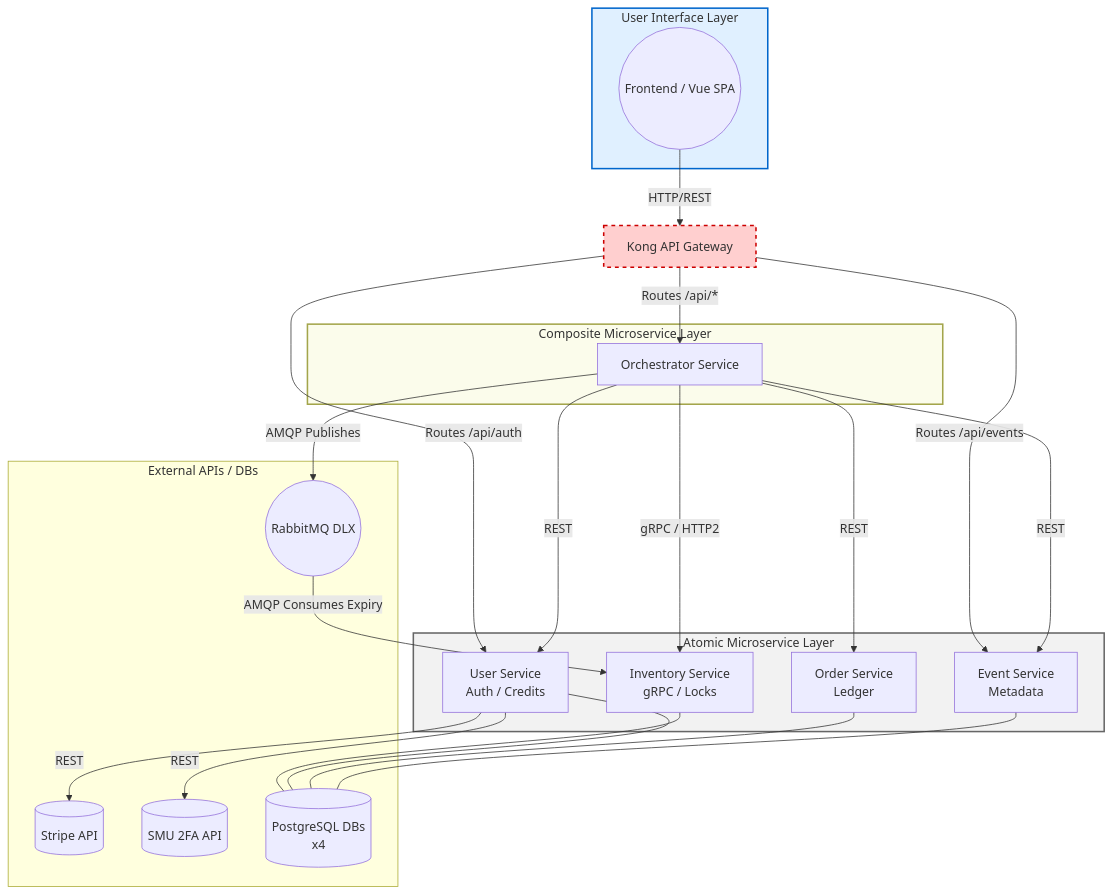
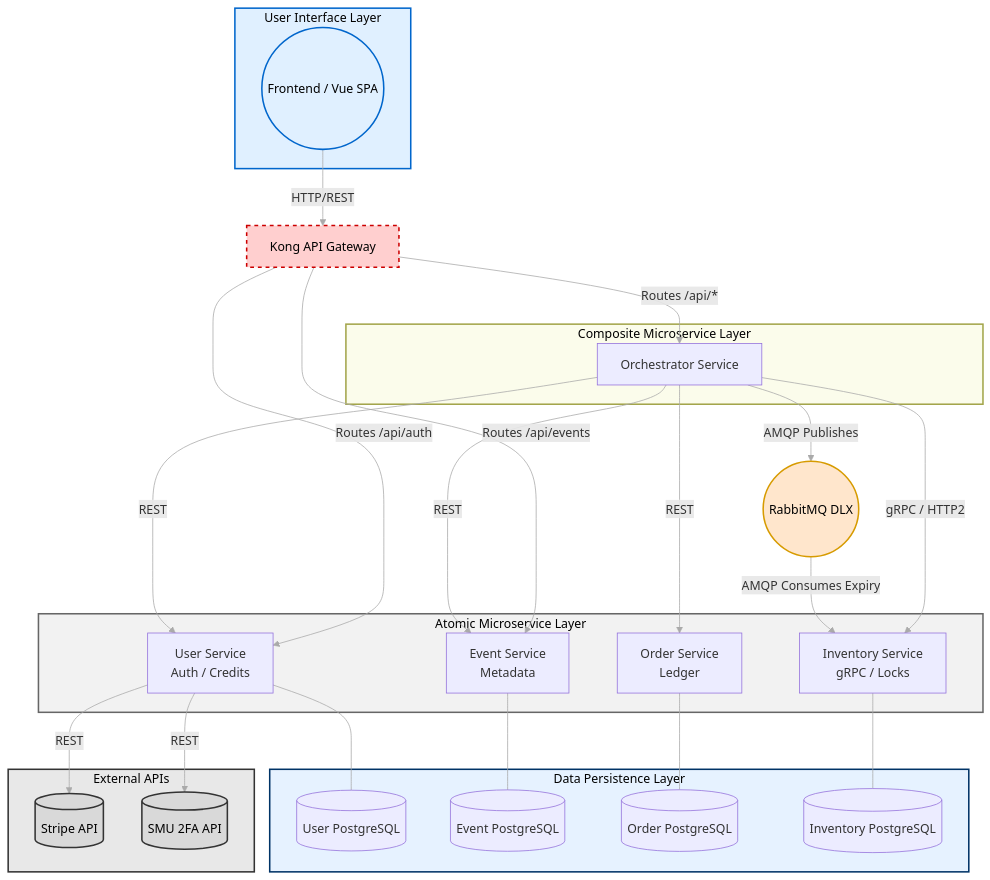
The first of 4 diagrams in README.md (bryanseah234/ticketremaster-b), drawn with Mermaid before and after one commit.

````diff
--- a/README.md
+++ b/README.md
@@ -15,9 +15,11 @@
 ```mermaid
-graph TD
+%%{init: {'theme': 'default', 'themeVariables': { 'fontFamily': 'sans-serif', 'primaryTextColor': '#000000', 'clusterTextColor': '#000000', 'lineColor': '#aaaaaa'}}}%%
+flowchart TD
     %% User Interface Layer
     subgraph UILayer[User Interface Layer]
         Client((Frontend / Vue SPA))
     end
+    style UILayer fill:#e0f0ff,stroke:#0066cc,stroke-width:2px,color:#000000
     
     Nginx[Kong API Gateway]
     
@@ -25,52 +27,79 @@
     subgraph CompositeLayer[Composite Microservice Layer]
         Orch[Orchestrator Service]
     end
+    style CompositeLayer fill:#fbfceb,stroke:#a3a54b,stroke-width:2px,color:#000000
     
     %% Atomic Microservice Layer
     subgraph AtomicLayer[Atomic Microservice Layer]
+        UserSvc[User Service <br/> Auth / Credits]
+        EventSvc[Event Service <br/> Metadata]
+        OrderSvc[Order Service <br/> Ledger]
         InvSvc[Inventory Service <br/> gRPC / Locks]
-        UserSvc[User Service <br/> Auth / Credits]
-        OrderSvc[Order Service <br/> Ledger]
-        EventSvc[Event Service <br/> Metadata]
     end
+    style AtomicLayer fill:#f2f2f2,stroke:#666666,stroke-width:2px,color:#000000
 
-    %% External Layer
-    subgraph ExternalLayer[External APIs / DBs]
+    %% External APIs
+    subgraph ExternalAPIs[External APIs]
         Stripe[(Stripe API)]
         SMU[(SMU 2FA API)]
-        RMQ((RabbitMQ DLX))
-        DBs[(PostgreSQL DBs <br/> x4)]
     end
+    style ExternalAPIs fill:#e8e8e8,stroke:#333333,stroke-width:2px,color:#000000
+    
+    %% Message Broker
+    RMQ((RabbitMQ DLX))
+
+    %% Data Persistence Layer
+    subgraph DataLayer[Data Persistence Layer]
+        UserDB[(User PostgreSQL)]
+        EventDB[(Event PostgreSQL)]
+        OrderDB[(Order PostgreSQL)]
+        InvDB[(Inventory PostgreSQL)]
+    end
+    style DataLayer fill:#e6f2ff,stroke:#003366,stroke-width:2px,color:#000000
+    
+    %% --- Edge Definitions ---
     
     Client -->|HTTP/REST| Nginx
     
+    %% Gateway Routes
     Nginx -->|Routes /api/*| Orch
-    Nginx -->|Routes /api/auth| UserSvc
-    Nginx -->|Routes /api/events| EventSvc
+    Nginx --->|Routes /api/auth| UserSvc
+    Nginx --->|Routes /api/events| EventSvc
     
+    %% Orchestrator Routes
+    Orch -->|REST| UserSvc
+    Orch -->|REST| EventSvc
+    Orch -->|REST| OrderSvc
     Orch -->|gRPC / HTTP2| InvSvc
-    Orch -->|REST| UserSvc
-    Orch -->|REST| OrderSvc
-    Orch -->|REST| EventSvc
     
+    %% Message Broker Routes
     Orch -->|AMQP Publishes| RMQ
     RMQ -->|AMQP Consumes Expiry| InvSvc
     
+    %% External API Routes
     UserSvc -->|REST| Stripe
     UserSvc -->|REST| SMU
     
-    InvSvc --- DBs
-    UserSvc --- DBs
-    OrderSvc --- DBs
-    EventSvc --- DBs
+    %% Decoupled Data Persistence Connections
+    UserSvc --- UserDB
+    EventSvc --- EventDB
+    OrderSvc --- OrderDB
+    InvSvc --- InvDB
     
-    classDef composite fill:#fbfceb,stroke:#a3a54b,stroke-width:2px;
-    classDef atomic fill:#f2f2f2,stroke:#666,stroke-width:2px;
-    classDef gateway fill:#ffcfcf,stroke:#cc0000,stroke-width:2px,stroke-dasharray: 5 5;
-    classDef ui fill:#e0f0ff,stroke:#0066cc,stroke-width:2px;
+    %% Node Styling Profiles
+    classDef composite fill:#fbfceb,stroke:#a3a54b,stroke-width:2px,color:#000000;
+    classDef atomic fill:#f2f2f2,stroke:#666,stroke-width:2px,color:#000000;
+    classDef gateway fill:#ffcfcf,stroke:#cc0000,stroke-width:2px,stroke-dasharray: 5 5,color:#000000;
+    classDef ui fill:#e0f0ff,stroke:#0066cc,stroke-width:2px,color:#000000;
+    classDef datalayer fill:#e6f2ff,stroke:#003366,stroke-width:2px,color:#000000;
+    classDef external fill:#d9d9d9,stroke:#333,stroke-width:2px,color:#000000;
+    classDef broker fill:#ffe6cc,stroke:#d79b00,stroke-width:2px,color:#000000;
     
     class CompositeLayer composite;
     class AtomicLayer atomic;
     class Nginx gateway;
-    class UILayer ui;
+    class Client ui;
+    class DataLayer datalayer;
+    class Stripe,SMU external;
+    class RMQ broker;
 ```
````
